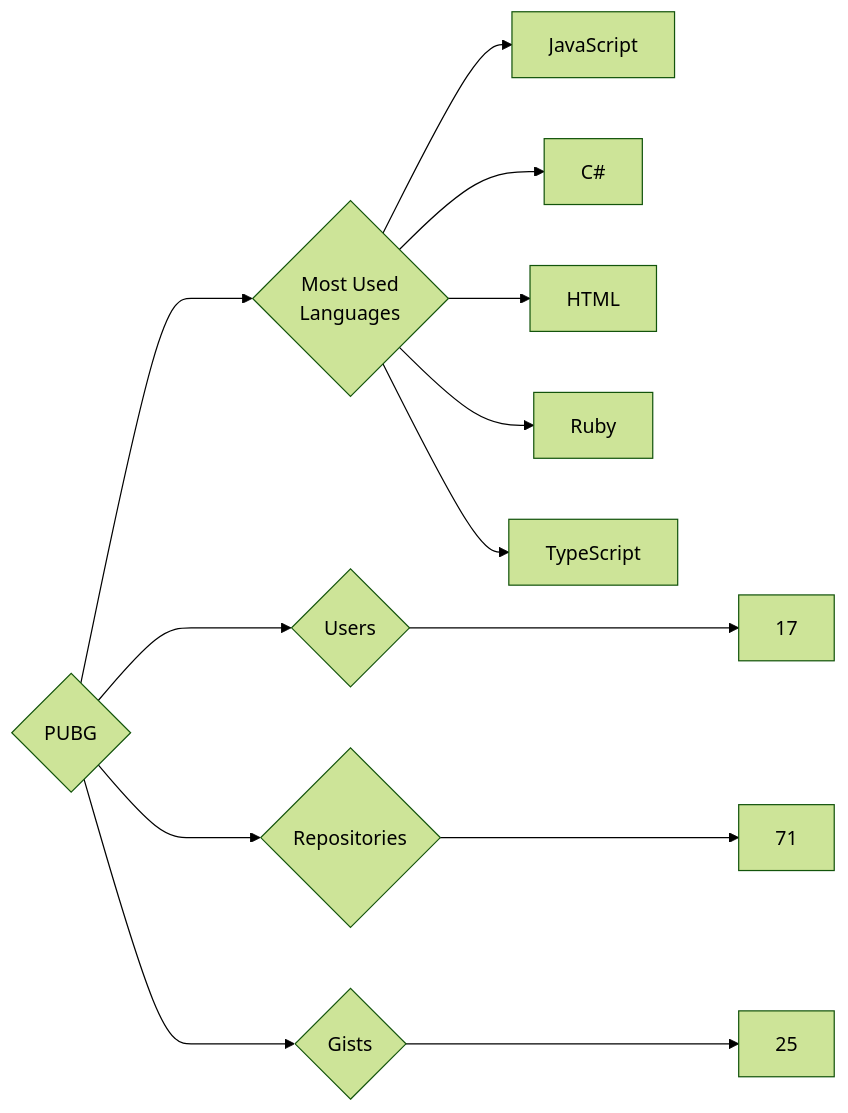
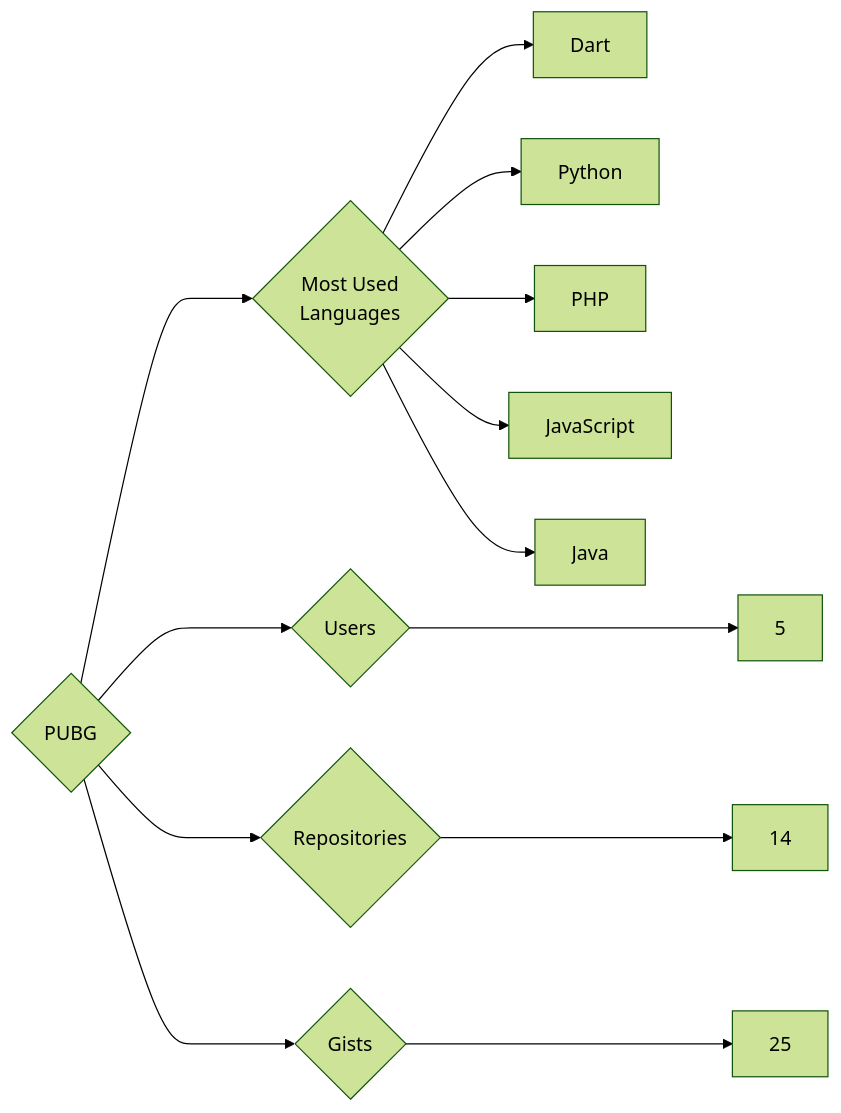
Before and after one commit to trickest/insiders: the diagram in targets/PUBG/README.md, drawn with Mermaid (forest theme). The commit also changed 815 other files, not shown here.

````diff
--- a/targets/PUBG/README.md
+++ b/targets/PUBG/README.md
@@ -3,13 +3,13 @@
 ```mermaid
 graph LR
 COMPANY_NAME{PUBG}
-COMPANY_NAME ---> U{Users} ---> UN[17]
-COMPANY_NAME ---> R{Repositories} ---> RN[71]
+COMPANY_NAME ---> U{Users} ---> UN[5]
+COMPANY_NAME ---> R{Repositories} ---> RN[14]
 COMPANY_NAME ---> G{Gists} ---> GN[25]
 COMPANY_NAME ---> ML{Most Used<br>Languages}
+ML --> Dart[Dart]
+ML --> Python[Python]
+ML --> PHP[PHP]
 ML --> JavaScript[JavaScript]
-ML --> C#[C#]
-ML --> HTML[HTML]
-ML --> Ruby[Ruby]
-ML --> TypeScript[TypeScript]
+ML --> Java[Java]
 ```
````
